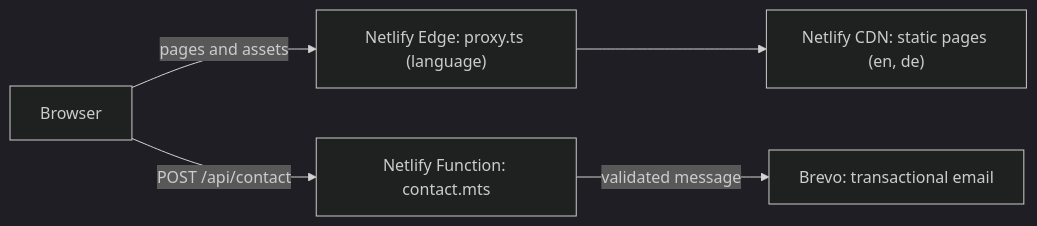
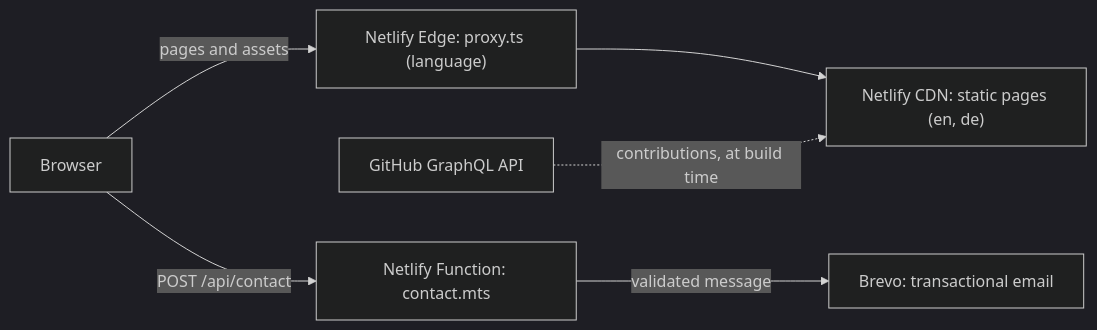
One commit to kamycoding/portfolio changed the diagram in README.md. Above: the diagram before and after it, drawn with Mermaid (dark theme). The commit also changed other lines of this file and 2 other files, not shown here.

````diff
--- a/README.md
+++ b/README.md
@@ -52,7 +52,8 @@
 ```mermaid
 flowchart LR
   B["Browser"] -->|"pages and assets"| E["Netlify Edge: proxy.ts (language)"]
   E --> C["Netlify CDN: static pages (en, de)"]
   B -->|"POST /api/contact"| F["Netlify Function: contact.mts"]
   F -->|"validated message"| M["Brevo: transactional email"]
+  G["GitHub GraphQL API"] -.->|"contributions, at build time"| C
 ```
````
